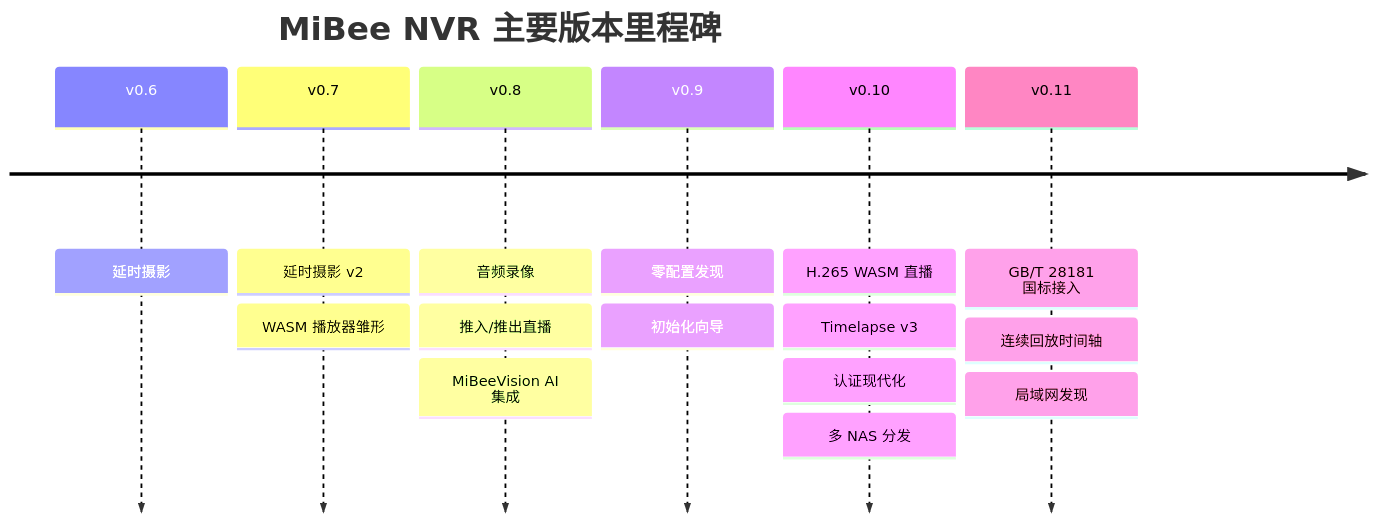
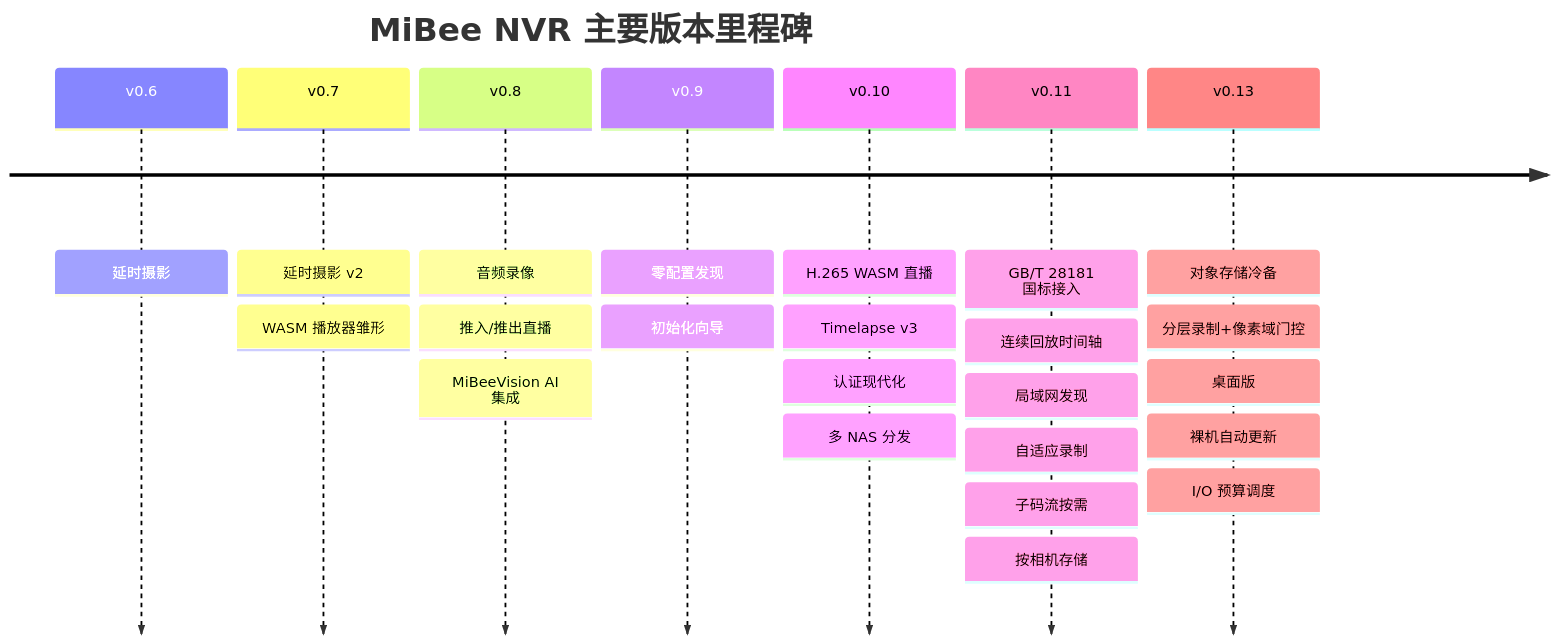
One commit to Mi-Bee-Studio/mibee-docs changed the diagram in mibeenvr/zh-CN/features.md. Above: the diagram before and after it, drawn with Mermaid. The commit also changed other lines of this file and 100 other files, not shown here.

````diff
--- a/mibeenvr/zh-CN/features.md
+++ b/mibeenvr/zh-CN/features.md
@@ -113,10 +130,11 @@
 ```mermaid
 timeline
     title MiBee NVR 主要版本里程碑
     v0.6 : 延时摄影
     v0.7 : 延时摄影 v2 : WASM 播放器雏形
     v0.8 : 音频录像 : 推入/推出直播 : MiBeeVision AI 集成
     v0.9 : 零配置发现 : 初始化向导
     v0.10 : H.265 WASM 直播 : Timelapse v3 : 认证现代化 : 多 NAS 分发
-    v0.11 : GB/T 28181 国标接入 : 连续回放时间轴 : 局域网发现
+    v0.11 : GB/T 28181 国标接入 : 连续回放时间轴 : 局域网发现 : 自适应录制 : 子码流按需 : 按相机存储
+    v0.13 : 对象存储冷备 : 分层录制+像素域门控 : 桌面版 : 裸机自动更新 : I/O 预算调度
 ```
````
